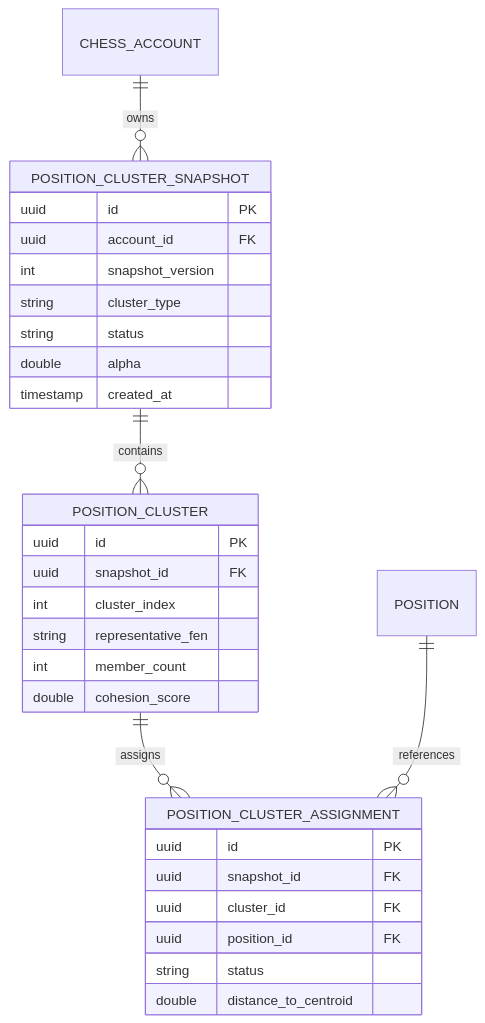
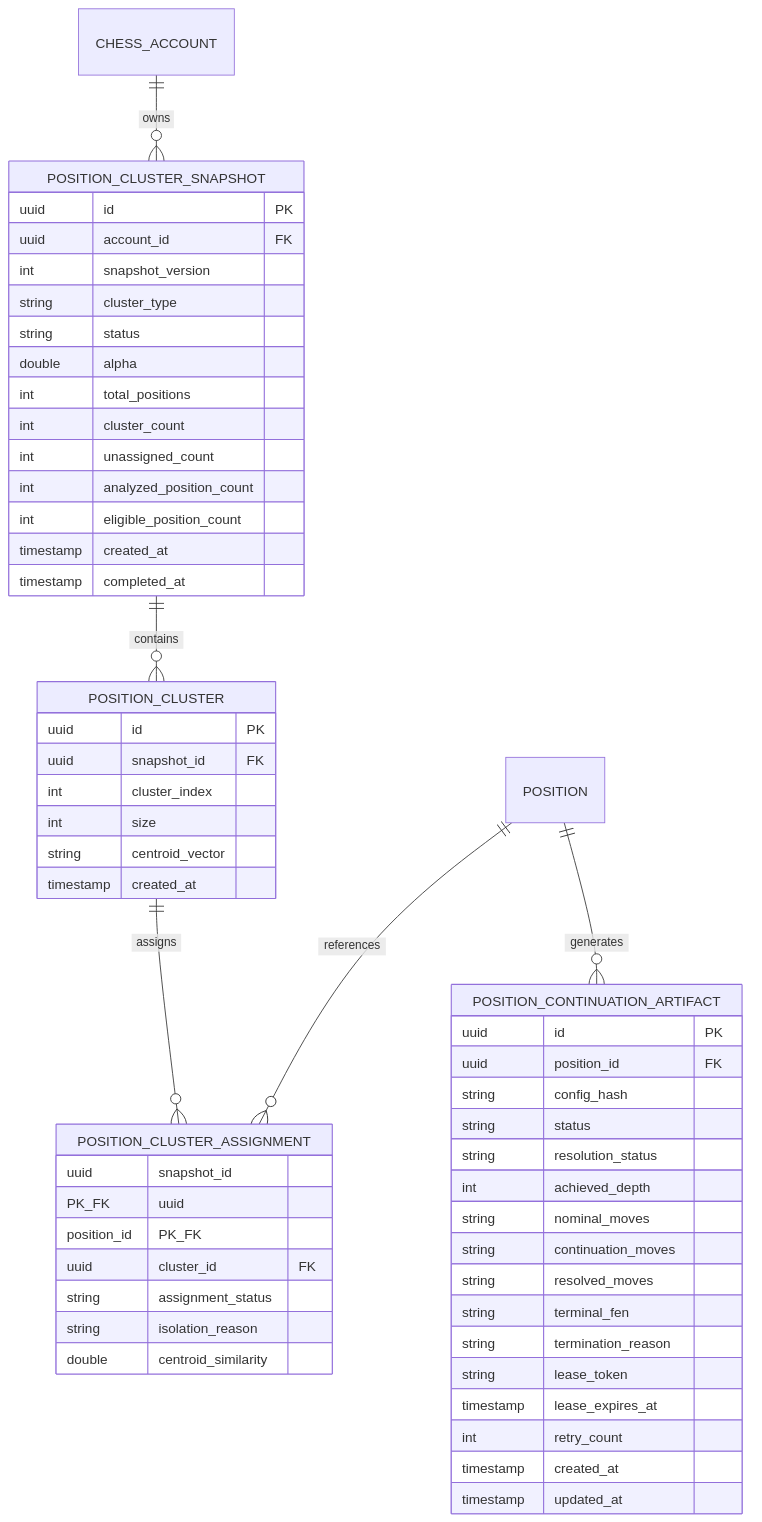
Before and after one commit to NathanZK/ChessEcho: the third of 3 diagrams in docs/architecture/position-clustering.md, drawn with Mermaid. The commit also changed other lines of this file and 23 other files, not shown here.

First line of the commit message:
feat(clustering): tactical quiescence continuation pipeline and dynamic position clustering (#793)

````diff
--- a/docs/architecture/position-clustering.md
+++ b/docs/architecture/position-clustering.md
@@ -114,36 +114,62 @@
 ```mermaid
 %%{init: {"htmlLabels": false, "erDiagram": {"htmlLabels": false}}}%%
 erDiagram
     CHESS_ACCOUNT ||--o{ POSITION_CLUSTER_SNAPSHOT : owns
     POSITION_CLUSTER_SNAPSHOT ||--o{ POSITION_CLUSTER : contains
     POSITION_CLUSTER ||--o{ POSITION_CLUSTER_ASSIGNMENT : assigns
     POSITION ||--o{ POSITION_CLUSTER_ASSIGNMENT : references
+    POSITION ||--o{ POSITION_CONTINUATION_ARTIFACT : generates
 
     POSITION_CLUSTER_SNAPSHOT {
         uuid id PK
         uuid account_id FK
         int snapshot_version
         string cluster_type
         string status
         double alpha
+        int total_positions
+        int cluster_count
+        int unassigned_count
+        int analyzed_position_count
+        int eligible_position_count
         timestamp created_at
+        timestamp completed_at
     }
 
     POSITION_CLUSTER {
         uuid id PK
         uuid snapshot_id FK
         int cluster_index
-        string representative_fen
-        int member_count
-        double cohesion_score
+        int size
+        string centroid_vector
+        timestamp created_at
     }
 
     POSITION_CLUSTER_ASSIGNMENT {
+        uuid snapshot_id PK_FK
+        uuid position_id PK_FK
+        uuid cluster_id FK
+        string assignment_status
+        string isolation_reason
+        double centroid_similarity
+    }
+
+    POSITION_CONTINUATION_ARTIFACT {
         uuid id PK
-        uuid snapshot_id FK
-        uuid cluster_id FK
         uuid position_id FK
+        string config_hash
         string status
-        double distance_to_centroid
+        string resolution_status
+        int achieved_depth
+        string nominal_moves
+        string continuation_moves
+        string resolved_moves
+        string terminal_fen
+        string termination_reason
+        string lease_token
+        timestamp lease_expires_at
+        int retry_count
+        timestamp created_at
+        timestamp updated_at
     }
 ```
````
